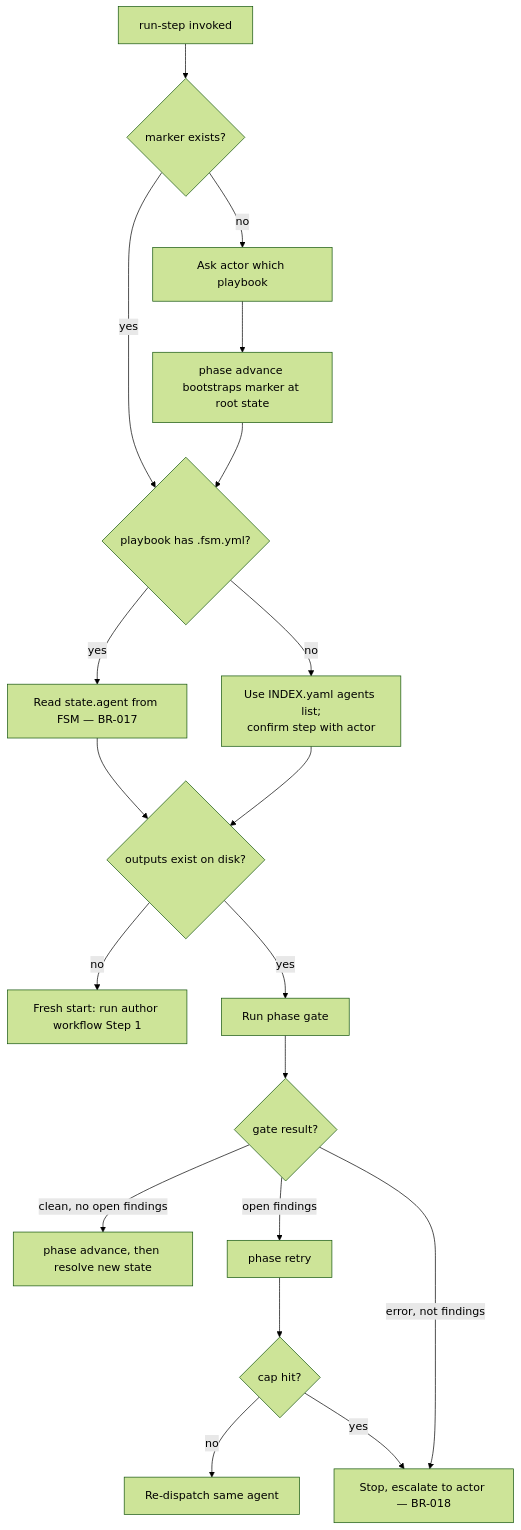
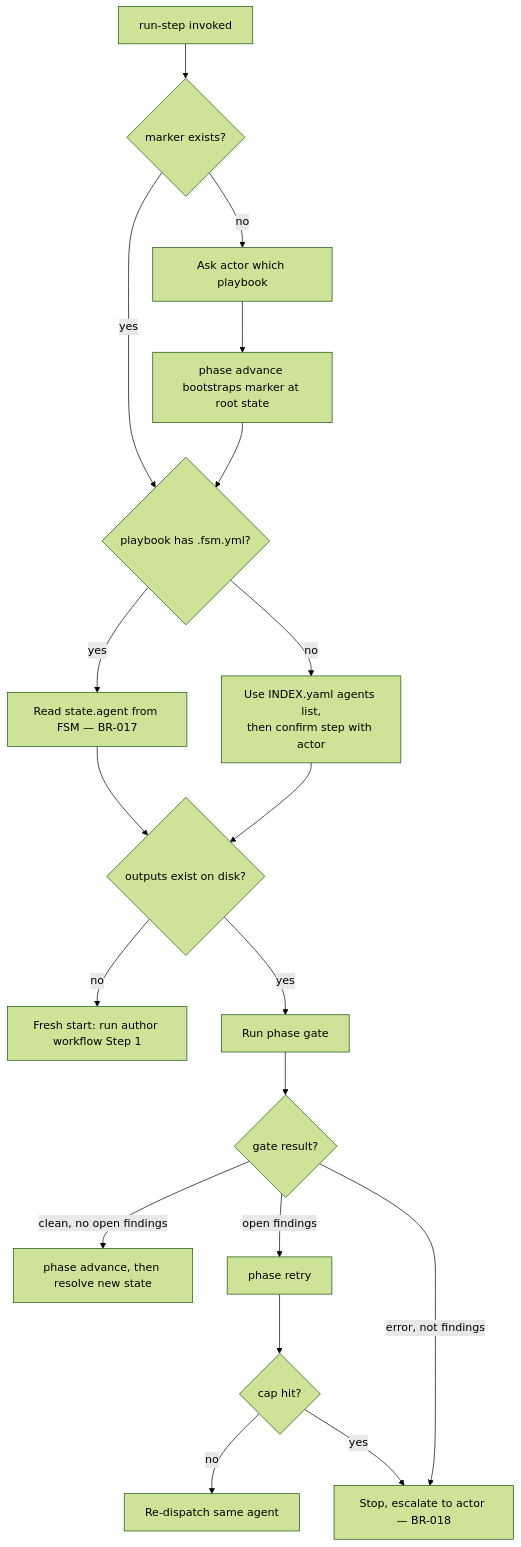
The diagram in docs/spec/use_cases/UC-05-resume-an-interrupted-playbook-run.md (matthiasdaues/agent_factory), drawn with Mermaid (forest theme) before and after one commit. The commit also changed 14 other files, not shown here.

Commit message:
fix/add mermaid linting to filter out pesky semicolons

````diff
--- a/docs/spec/use_cases/UC-05-resume-an-interrupted-playbook-run.md
+++ b/docs/spec/use_cases/UC-05-resume-an-interrupted-playbook-run.md
@@ -64,21 +64,21 @@
 ```mermaid
 flowchart TD
     A[run-step invoked] --> B{marker exists?}
     B -->|no| C[Ask actor which playbook]
     C --> D[phase advance bootstraps marker at root state]
     B -->|yes| E{playbook has .fsm.yml?}
     D --> E
     E -->|yes| F[Read state.agent from FSM — BR-017]
-    E -->|no| G[Use INDEX.yaml agents list;<br/>confirm step with actor]
+    E -->|no| G[Use INDEX.yaml agents list,<br/>then confirm step with actor]
     F --> H{outputs exist on disk?}
     G --> H
     H -->|no| I[Fresh start: run author workflow Step 1]
     H -->|yes| J[Run phase gate]
     J --> K{gate result?}
     K -->|clean, no open findings| L[phase advance, then resolve new state]
     K -->|open findings| M[phase retry]
     M --> N{cap hit?}
     N -->|no| O[Re-dispatch same agent]
     N -->|yes| P[Stop, escalate to actor — BR-018]
     K -->|error, not findings| P
 ```
````
